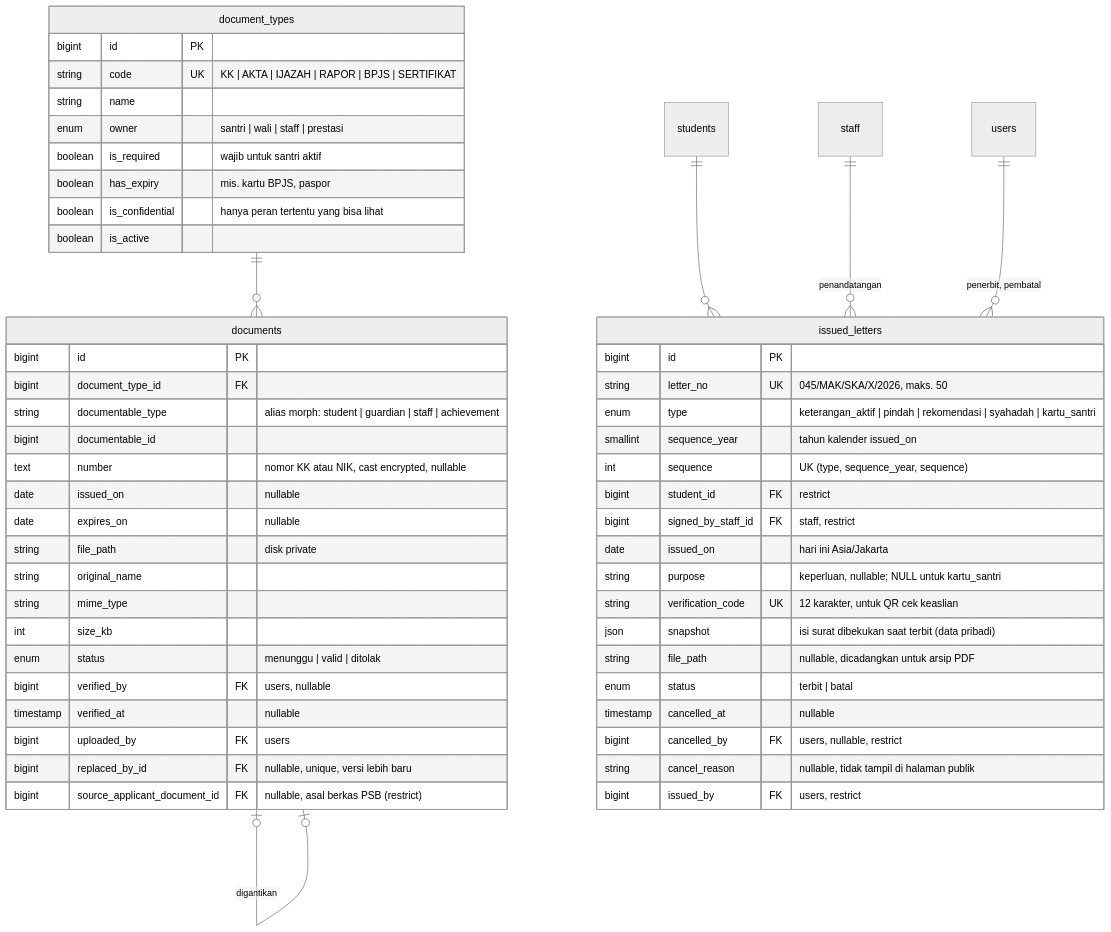
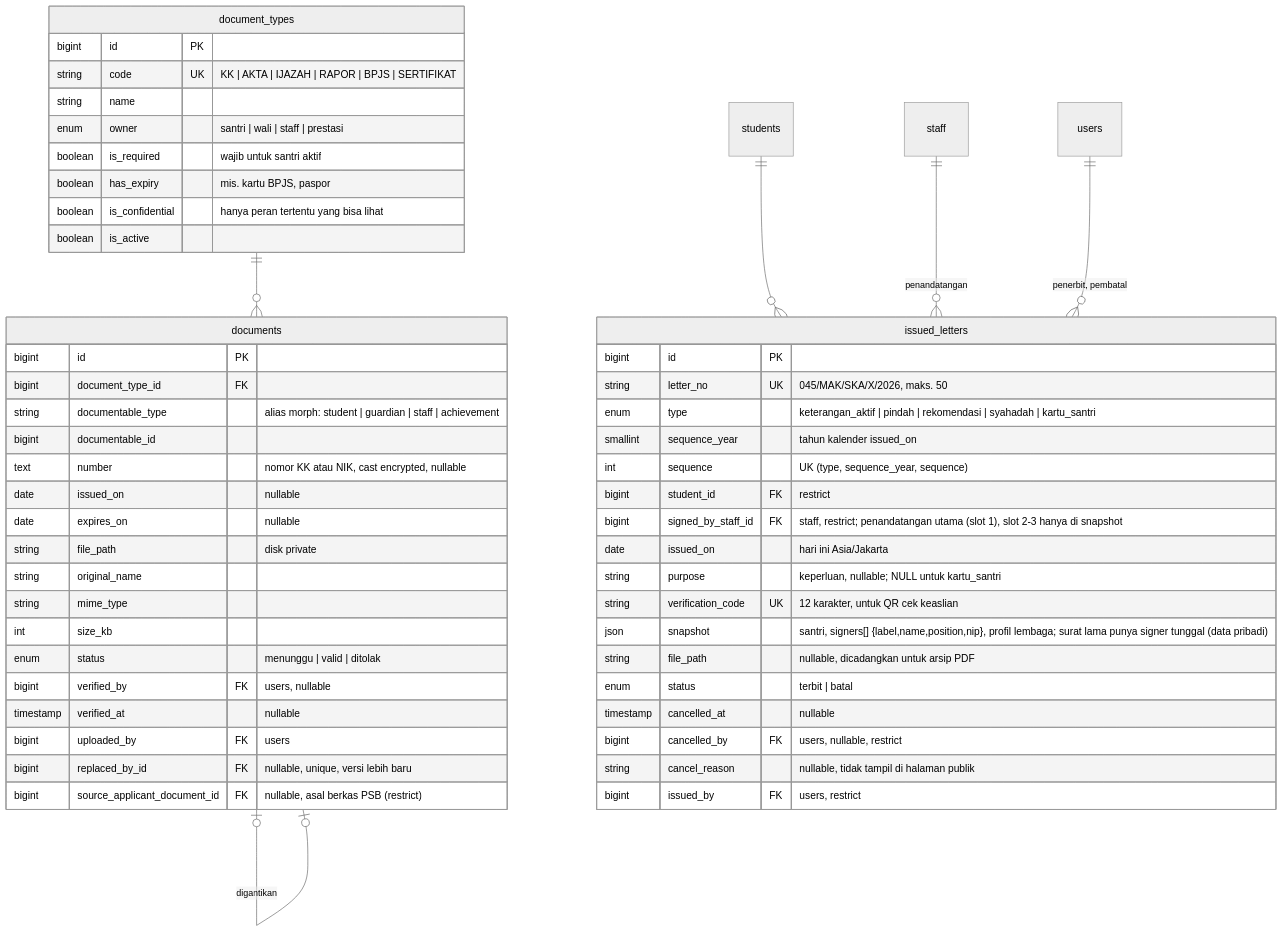
The sixth of 11 diagrams in docs/erd.md (dankedev/pondok), drawn with Mermaid (neutral theme) before and after one commit. The commit also changed other lines of this file and 1 other file, not shown here.

Commit message:
docs(dokumen): rencana F063 tanda tangan surat dan ERD
Refs #32

````diff
--- a/docs/erd.md
+++ b/docs/erd.md
@@ -384,57 +384,57 @@
 ```mermaid
 erDiagram
   document_types {
     bigint id PK
     string code UK "KK | AKTA | IJAZAH | RAPOR | BPJS | SERTIFIKAT"
     string name
     enum owner "santri | wali | staff | prestasi"
     boolean is_required "wajib untuk santri aktif"
     boolean has_expiry "mis. kartu BPJS, paspor"
     boolean is_confidential "hanya peran tertentu yang bisa lihat"
     boolean is_active
   }
   documents {
     bigint id PK
     bigint document_type_id FK
     string documentable_type "alias morph: student | guardian | staff | achievement"
     bigint documentable_id
     text number "nomor KK atau NIK, cast encrypted, nullable"
     date issued_on "nullable"
     date expires_on "nullable"
     string file_path "disk private"
     string original_name
     string mime_type
     int size_kb
     enum status "menunggu | valid | ditolak"
     bigint verified_by FK "users, nullable"
     timestamp verified_at "nullable"
     bigint uploaded_by FK "users"
     bigint replaced_by_id FK "nullable, unique, versi lebih baru"
     bigint source_applicant_document_id FK "nullable, asal berkas PSB (restrict)"
   }
   issued_letters {
     bigint id PK
     string letter_no UK "045/MAK/SKA/X/2026, maks. 50"
     enum type "keterangan_aktif | pindah | rekomendasi | syahadah | kartu_santri"
     smallint sequence_year "tahun kalender issued_on"
     int sequence "UK (type, sequence_year, sequence)"
     bigint student_id FK "restrict"
-    bigint signed_by_staff_id FK "staff, restrict"
+    bigint signed_by_staff_id FK "staff, restrict; penandatangan utama (slot 1), slot 2-3 hanya di snapshot"
     date issued_on "hari ini Asia/Jakarta"
     string purpose "keperluan, nullable; NULL untuk kartu_santri"
     string verification_code UK "12 karakter, untuk QR cek keaslian"
-    json snapshot "isi surat dibekukan saat terbit (data pribadi)"
+    json snapshot "santri, signers[] {label,name,position,nip}, profil lembaga; surat lama punya signer tunggal (data pribadi)"
     string file_path "nullable, dicadangkan untuk arsip PDF"
     enum status "terbit | batal"
     timestamp cancelled_at "nullable"
     bigint cancelled_by FK "users, nullable, restrict"
     string cancel_reason "nullable, tidak tampil di halaman publik"
     bigint issued_by FK "users, restrict"
   }
   document_types ||--o{ documents : ""
   documents |o--o| documents : "digantikan"
   students ||--o{ issued_letters : ""
   staff ||--o{ issued_letters : "penandatangan"
   users ||--o{ issued_letters : "penerbit, pembatal"
   
 ```
````
